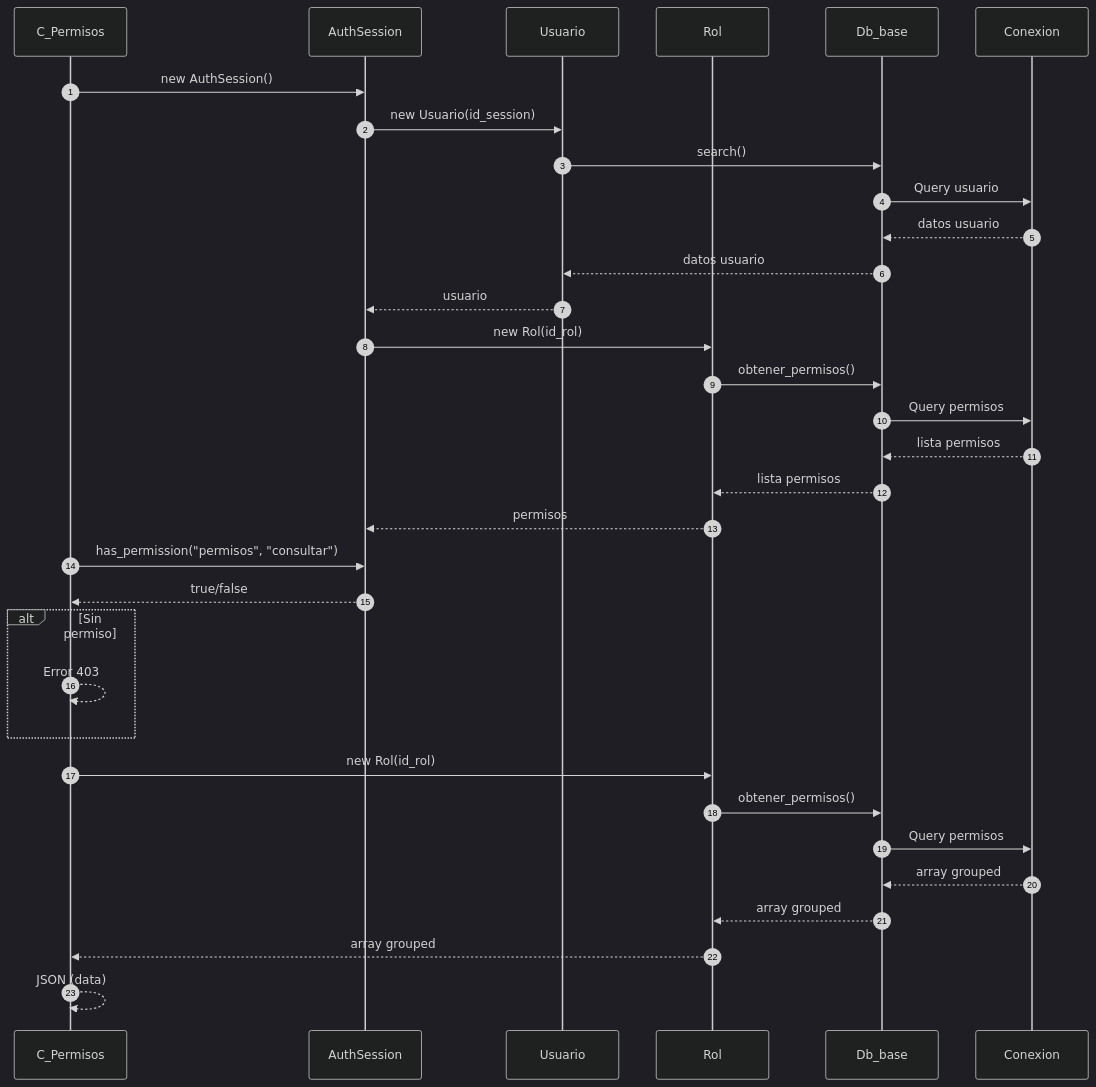
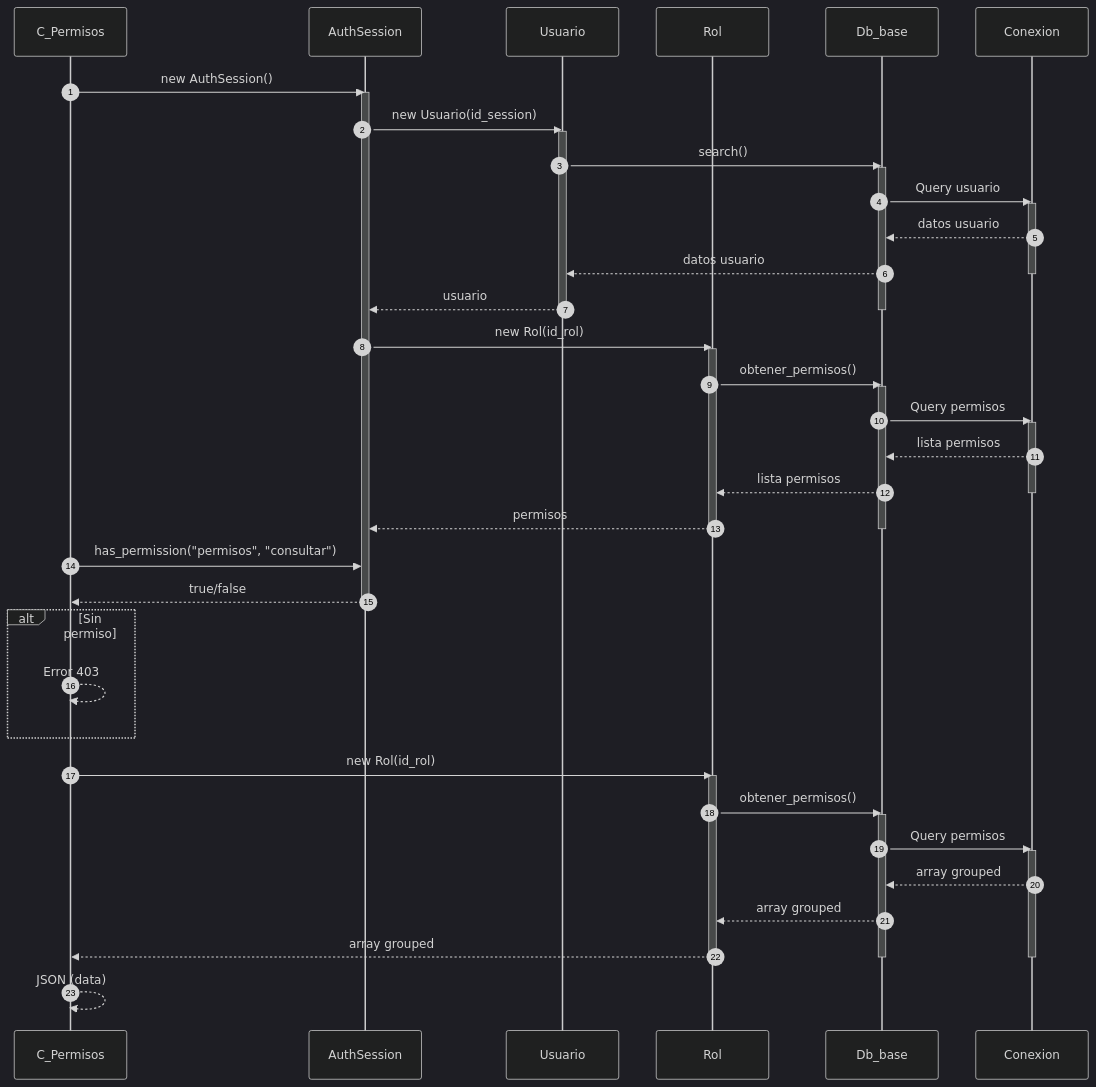
The fourth of 4 diagrams in docs/secuencia/permisos/permisos.md (Tecrato/BurgerHouse), drawn with Mermaid (dark theme) before and after one commit. The commit also changed other lines of this file and 16 other files, not shown here.

First line of the commit message:
Annotate mermaid sequences & throttle generator

````diff
--- a/docs/secuencia/permisos/permisos.md
+++ b/docs/secuencia/permisos/permisos.md
@@ -141,41 +205,61 @@
 ```mermaid
 sequenceDiagram
     autonumber
     participant C_Permisos as C_Permisos
     participant AuthSession as AuthSession
     participant Usuario as Usuario
     participant Rol as Rol
     participant Db_base as Db_base
     participant Conexion as Conexion
     
     C_Permisos->>AuthSession: new AuthSession()
+    activate AuthSession
     AuthSession->>Usuario: new Usuario(id_session)
+    activate Usuario
     Usuario->>Db_base: search()
+    activate Db_base
     Db_base->>Conexion: Query usuario
+    activate Conexion
     Conexion-->>Db_base: datos usuario
     Db_base-->>Usuario: datos usuario
+    deactivate Conexion
     Usuario-->>AuthSession: usuario
+    deactivate Usuario
+    deactivate Db_base
     
     AuthSession->>Rol: new Rol(id_rol)
+    activate Rol
     Rol->>Db_base: obtener_permisos()
+    activate Db_base
     Db_base->>Conexion: Query permisos
+    activate Conexion
     Conexion-->>Db_base: lista permisos
     Db_base-->>Rol: lista permisos
+    deactivate Conexion
     Rol-->>AuthSession: permisos
+    deactivate Rol
+    deactivate Db_base
     
     C_Permisos->>AuthSession: has_permission("permisos", "consultar")
     AuthSession-->>C_Permisos: true/false
+    deactivate AuthSession
     
     alt Sin permiso
         C_Permisos-->>C_Permisos: Error 403
     end
     
     C_Permisos->>Rol: new Rol(id_rol)
+    activate Rol
     Rol->>Db_base: obtener_permisos()
+    activate Db_base
     Db_base->>Conexion: Query permisos
+    activate Conexion
     Conexion-->>Db_base: array grouped
     Db_base-->>Rol: array grouped
     Rol-->>C_Permisos: array grouped
+    deactivate Rol
+    deactivate Conexion
+    deactivate Db_base
     
     C_Permisos-->>C_Permisos: JSON (data)
 ```
````
